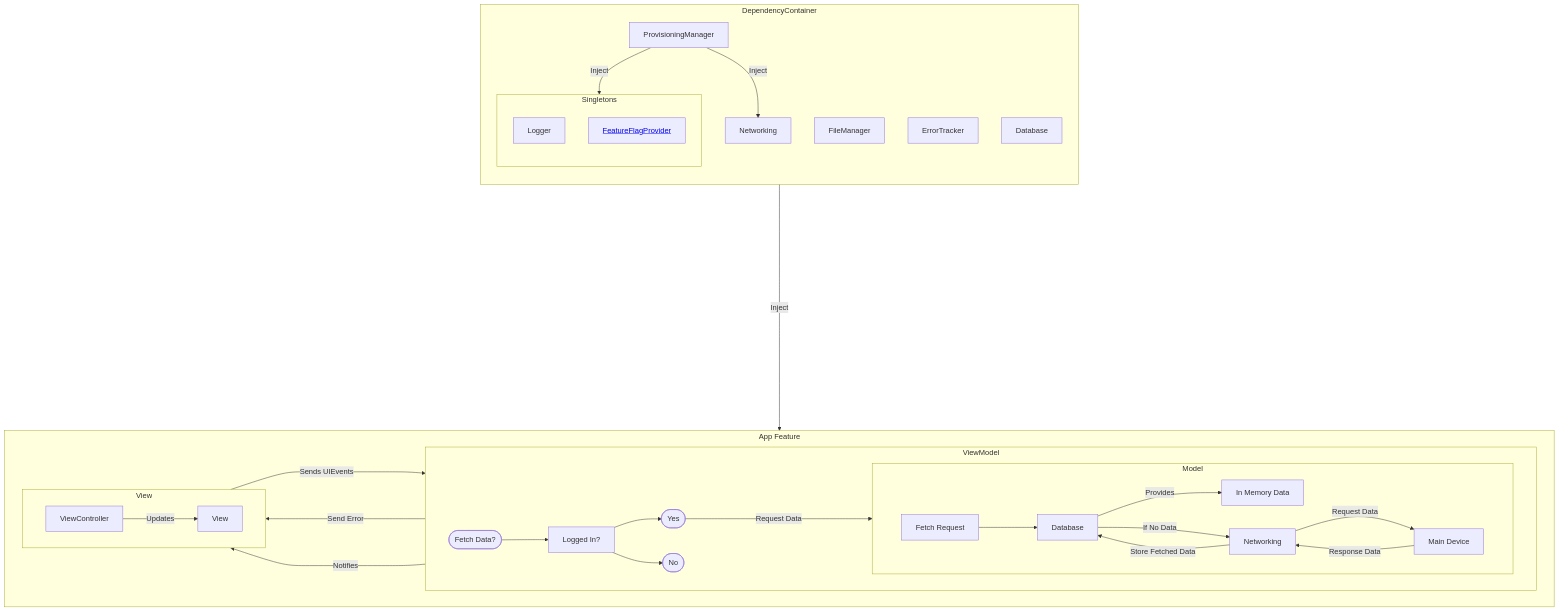
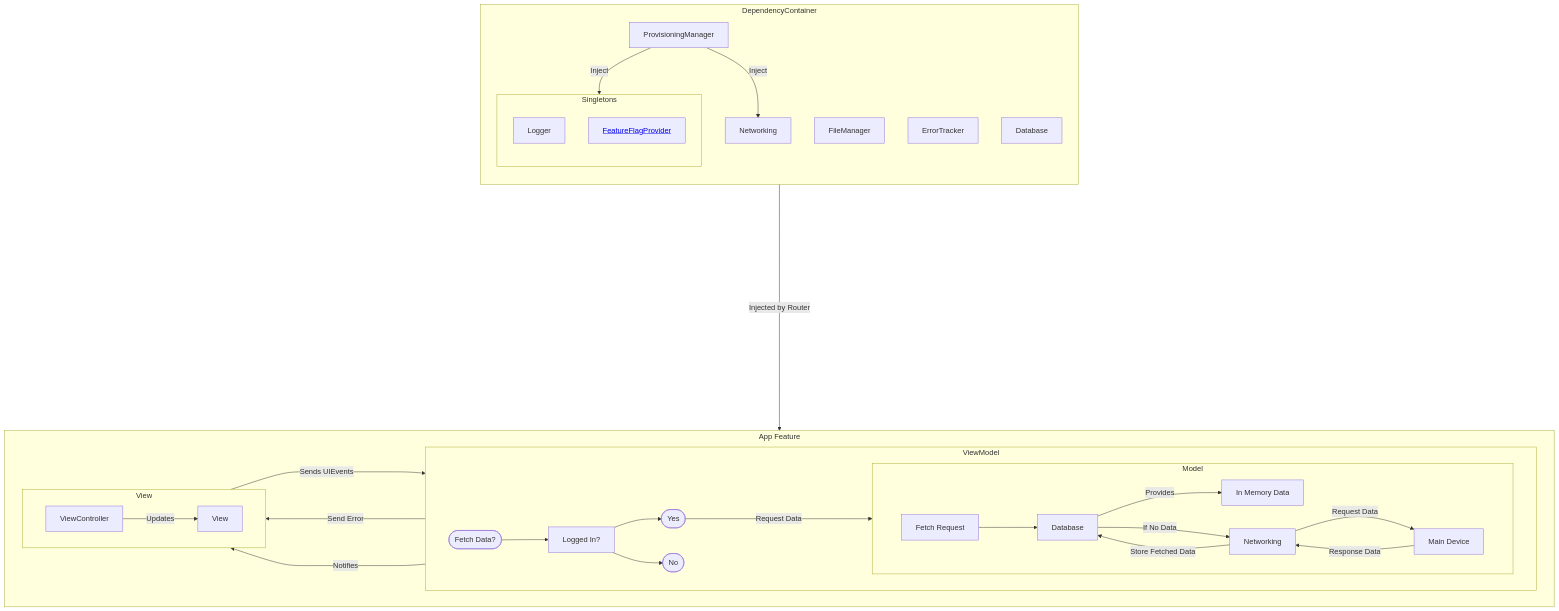
The first of 2 diagrams in Architecture.md (escakot/public-images), drawn with Mermaid before and after one commit.

````diff
--- a/Architecture.md
+++ b/Architecture.md
@@ -4,50 +4,50 @@
 ```mermaid
 flowchart TD
     subgraph DC[DependencyContainer]
       direction TB
       FileManager
       ErrorTracker
       subgraph Singletons
         direction TB
         Logger
         FFP[<a href='https://github.com/escakot/public-images/blob/master/README.md'>FeatureFlagProvider</a>]
       end
       DCDB[Database]
       DCNW[Networking]
       PM[ProvisioningManager]
       PM -- Inject --> DCNW
       PM -- Inject --> FFP
     end
     subgraph App Feature
       direction LR
       subgraph VM[ViewModel]
         direction LR
         Data
         FD([Fetch Data?])
         FD --> LI[Logged In?]
         LI --> VMY([Yes])
         LI --> VMN([No])
         VMY -- Request Data ----> M
         subgraph M[Model]
           direction LR
           NW[Networking]
           DB[Database]
           FR[Fetch Request] --> DB
           DB -- If No Data --> NW
           NW -- Store Fetched Data --> DB
           DB -- Provides --> Data[In Memory Data]
           NW -- Request Data --> MD[Main Device]
           MD -- Response Data --> NW
         end
       end
       VMN -- Send Error --> VC
       Data -- Notifies --> VC
       subgraph V[View]
         direction LR
         VC[ViewController]
         VC -- Updates --> View
       end
       V -- Sends UIEvents ----> FD
     end
-    DC -- Inject -----------> M
+    DC -- Injected by Router -----------> M
 ```
````
